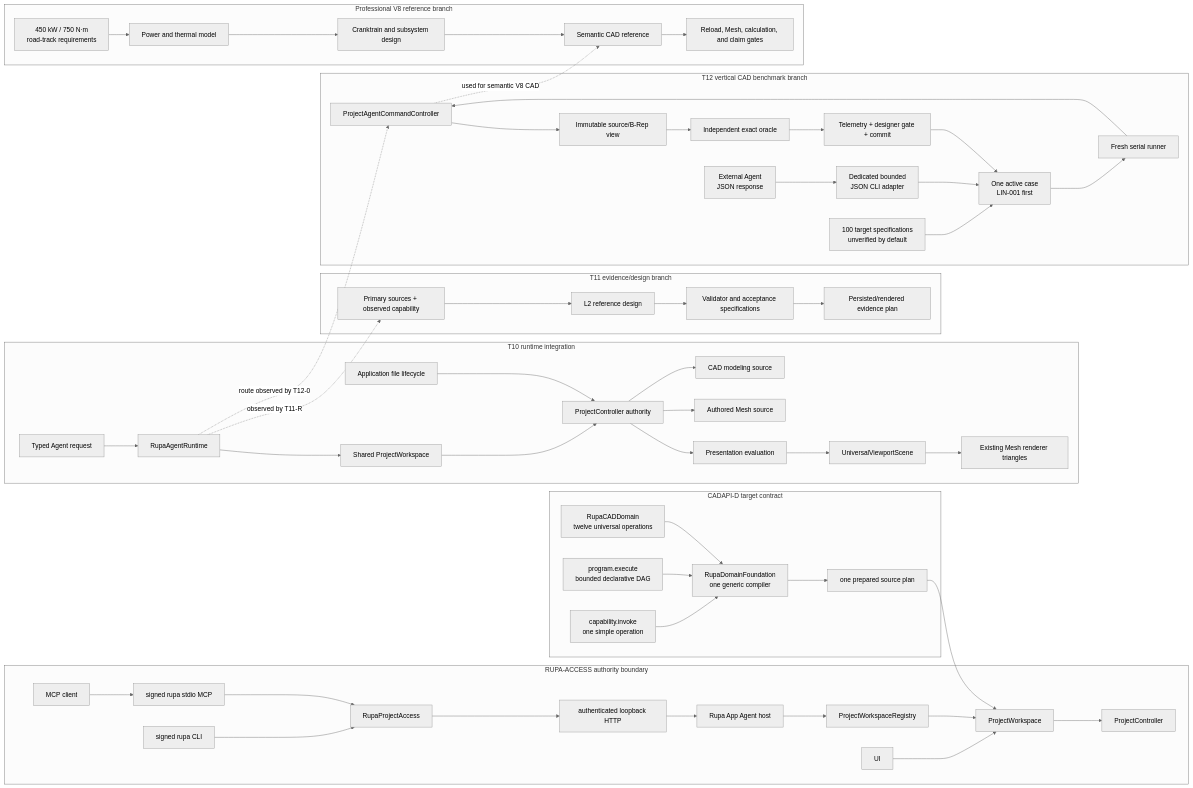
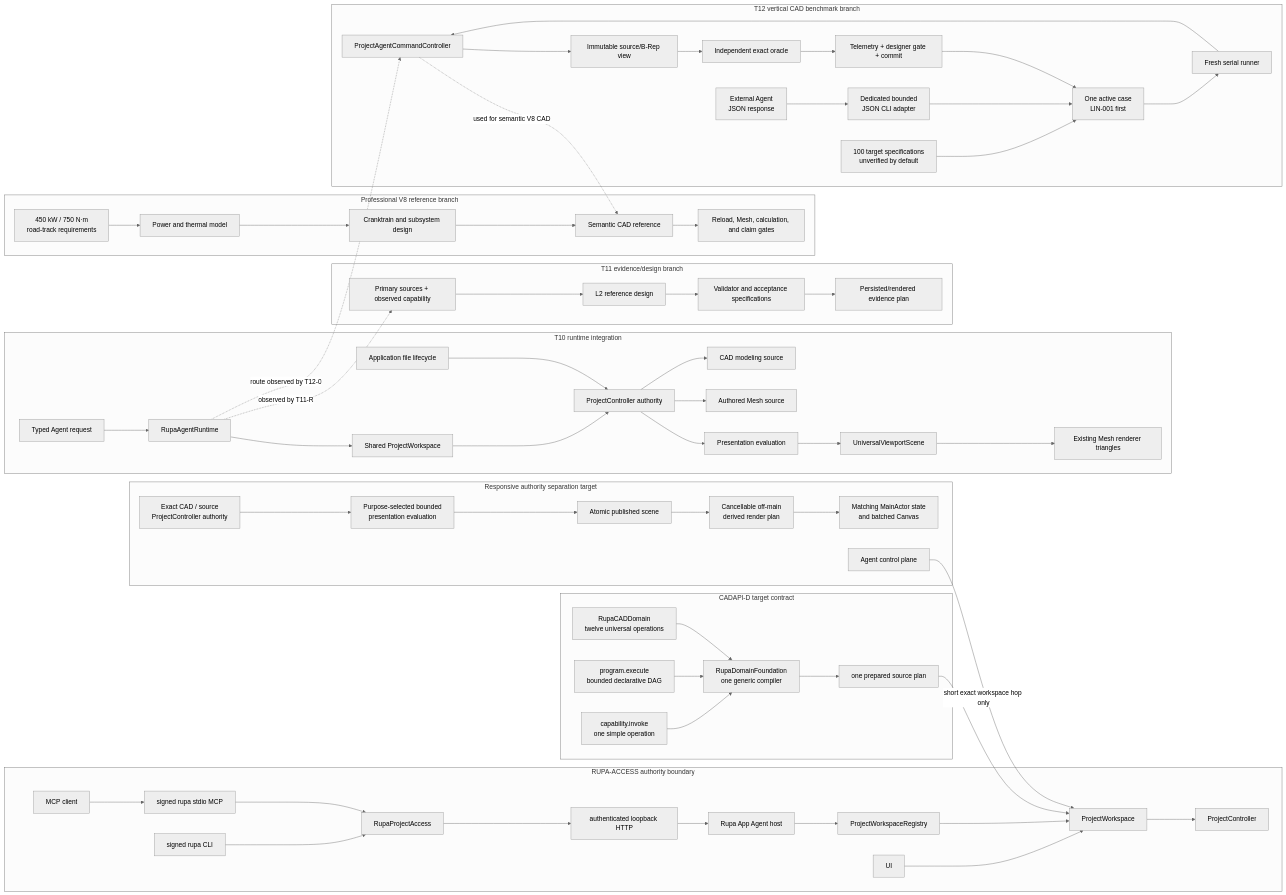
Before and after one commit to 1amageek/Rupa: the first of 4 diagrams in DESIGN.md, drawn with Mermaid (neutral theme). The commit also changed other lines of this file and 13 other files, not shown here.

````diff
--- a/DESIGN.md
+++ b/DESIGN.md
@@ -91,57 +106,64 @@
 ```mermaid
 flowchart LR
     subgraph Access["RUPA-ACCESS authority boundary"]
         UIAccess["UI"] --> WorkspaceAuthority["ProjectWorkspace"]
         CLIAccess["signed rupa CLI"] --> AccessAPI
         MCPClient["MCP client"] --> MCPAccess["signed rupa stdio MCP"]
         MCPAccess --> AccessAPI
         AccessAPI["RupaProjectAccess"] --> LiveAdapter["authenticated loopback HTTP"]
         LiveAdapter --> AppHost["Rupa App Agent host"]
         AppHost --> WorkspaceRegistry["ProjectWorkspaceRegistry"]
         WorkspaceRegistry --> WorkspaceAuthority
         WorkspaceAuthority --> ControllerAuthority["ProjectController"]
     end
     subgraph T10["T10 runtime integration"]
         Agent["Typed Agent request"] --> Runtime["RupaAgentRuntime"]
         Runtime --> Workspace["Shared ProjectWorkspace"]
         Workspace --> Project["ProjectController authority"]
         Project --> CAD["CAD modeling source"]
         Project --> Mesh["Authored Mesh source"]
         Project --> Eval["Presentation evaluation"]
         Eval --> Scene["UniversalViewportScene"]
         Scene --> Render["Existing Mesh renderer triangles"]
         App["Application file lifecycle"] --> Project
     end
     subgraph CADAPI["CADAPI-D target contract"]
         Direct["capability.invoke\none simple operation"] --> Semantic["RupaDomainFoundation\none generic compiler"]
         Program["program.execute\nbounded declarative DAG"] --> Semantic
         CADRegistry["RupaCADDomain\ntwelve universal operations"] --> Semantic
         Semantic --> Prepared["one prepared source plan"]
         Prepared --> WorkspaceAuthority
     end
     subgraph T11["T11 evidence/design branch"]
         Sources["Primary sources + observed capability"] --> Reference["L2 reference design"]
         Reference --> Acceptance["Validator and acceptance specifications"]
         Acceptance --> ArtifactEvidence["Persisted/rendered evidence plan"]
     end
     subgraph T12["T12 vertical CAD benchmark branch"]
         Challenge["100 target specifications\nunverified by default"] --> Active["One active case\nLIN-001 first"]
         External["External Agent\nJSON response"] --> Adapter["Dedicated bounded\nJSON CLI adapter"]
         Adapter --> Active
         Active --> Runner["Fresh serial runner"]
         Runner --> AgentRoute["ProjectAgentCommandController"]
         AgentRoute --> SourceSnapshot["Immutable source/B-Rep view"]
         SourceSnapshot --> Oracle["Independent exact oracle"]
         Oracle --> Gate["Telemetry + designer gate + commit"]
         Gate --> Active
     end
     subgraph V8["Professional V8 reference branch"]
         V8Req["450 kW / 750 N·m\nroad-track requirements"] --> V8Thermal["Power and thermal model"]
         V8Thermal --> V8Mechanical["Cranktrain and subsystem design"]
         V8Mechanical --> V8CAD["Semantic CAD reference"]
         V8CAD --> V8Evidence["Reload, Mesh, calculation, and claim gates"]
     end
+    subgraph Responsive["Responsive authority separation target"]
+        Exact["Exact CAD / source\nProjectController authority"] --> Bounded["Purpose-selected bounded\npresentation evaluation"]
+        Bounded --> Published["Atomic published scene"]
+        Published --> Derived["Cancellable off-main\nderived render plan"]
+        Derived --> Main["Matching MainActor state\nand batched Canvas"]
+        Control["Agent control plane"] -->|short exact workspace hop only| WorkspaceAuthority
+    end
     Runtime -. "observed by T11-R" .-> Sources
     Runtime -. "route observed by T12-0" .-> AgentRoute
     AgentRoute -. "used for semantic V8 CAD" .-> V8CAD
 ```
````
